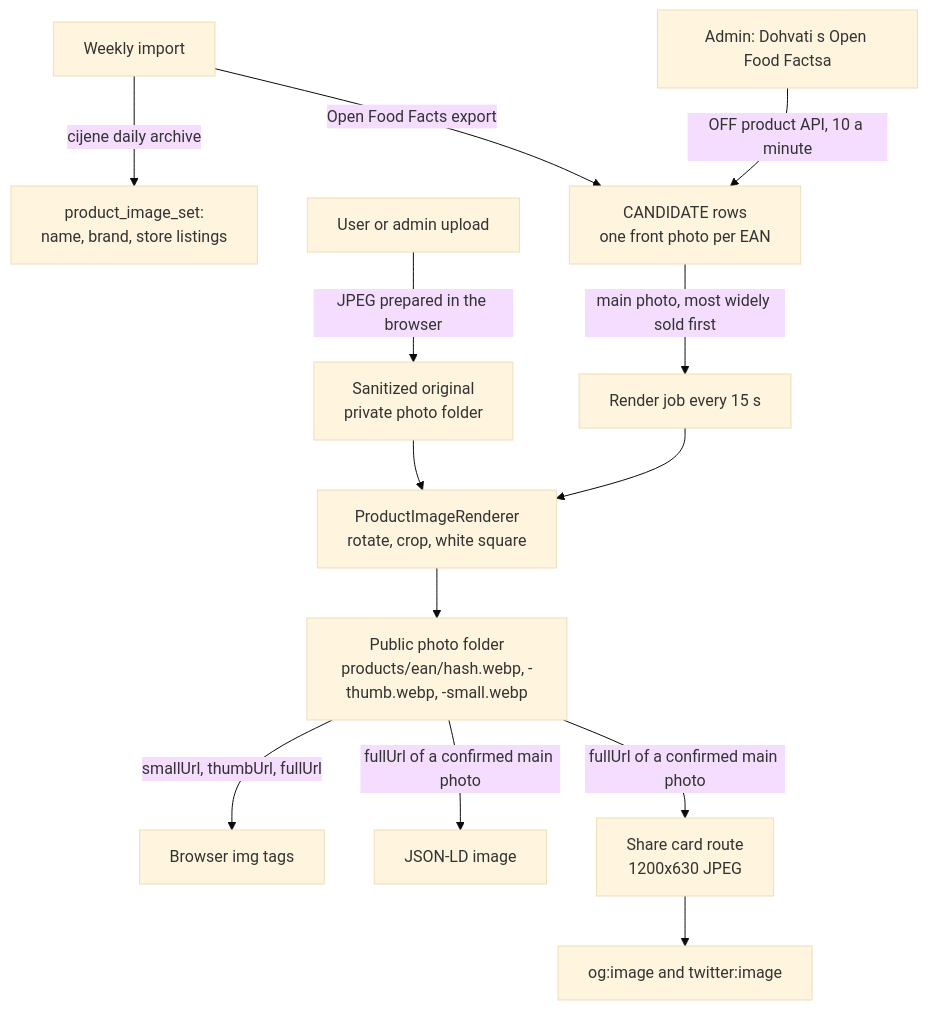
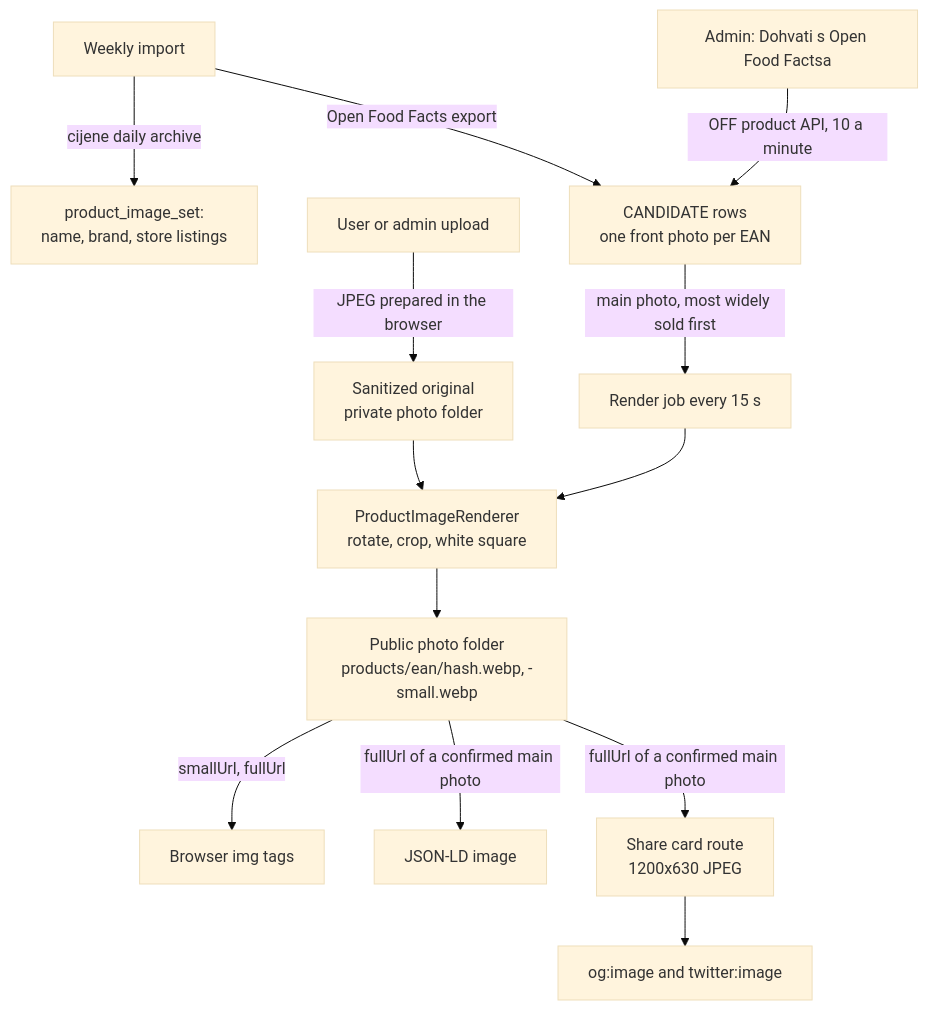
Before and after one commit to OffCrazyFreak/Disscount: the first of 2 diagrams in docs/PRODUCT-IMAGES.md, drawn with Mermaid (base theme). The commit also changed other lines of this file, not shown here.

First line of the commit message:
docs(products): Describe the 1600 px full file and the two-file layout

````diff
--- a/docs/PRODUCT-IMAGES.md
+++ b/docs/PRODUCT-IMAGES.md
@@ -28,15 +28,15 @@
 ```mermaid
 flowchart TD
     W[Weekly import] -->|cijene daily archive| S[product_image_set:<br/>name, brand, store listings]
     W -->|Open Food Facts export| C[CANDIDATE rows<br/>one front photo per EAN]
     A[Admin: Dohvati s Open Food Factsa] -->|OFF product API, 10 a minute| C
     U[User or admin upload] -->|JPEG prepared in the browser| O[Sanitized original<br/>private photo folder]
     O --> R
     C -->|main photo, most widely sold first| J[Render job every 15 s]
     J --> R[ProductImageRenderer<br/>rotate, crop, white square]
-    R --> P["Public photo folder<br/>products/ean/hash.webp, -thumb.webp, -small.webp"]
-    P -->|smallUrl, thumbUrl, fullUrl| B[Browser img tags]
+    R --> P["Public photo folder<br/>products/ean/hash.webp, -small.webp"]
+    P -->|smallUrl, fullUrl| B[Browser img tags]
     P -->|fullUrl of a confirmed main photo| LD[JSON-LD image]
     P -->|fullUrl of a confirmed main photo| CARD["Share card route<br/>1200x630 JPEG"]
     CARD --> SEO[og:image and twitter:image]
 ```
````
